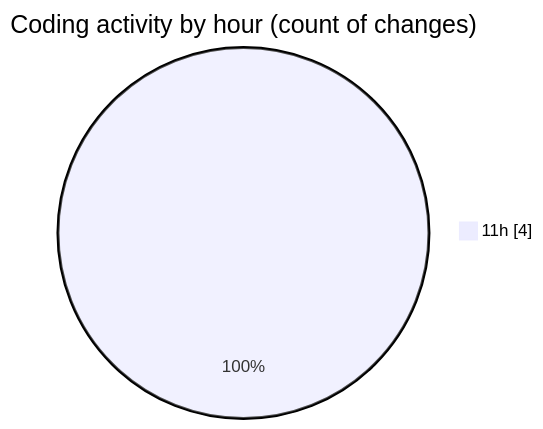
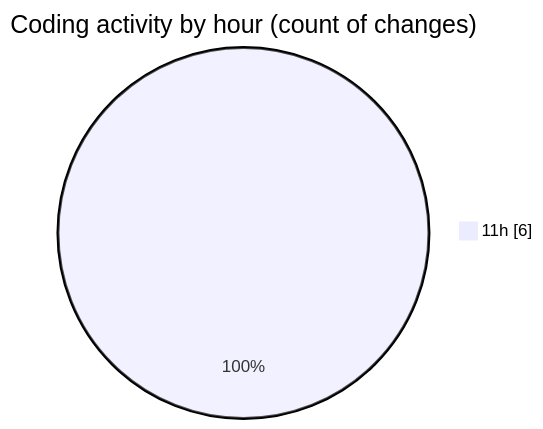
The second of 2 diagrams in 2025-08-27/fish/README.md (EIIisD/code-tracking), drawn with Mermaid before and after one commit. The commit also changed other lines of this file and 1 other file, not shown here.

````diff
--- a/2025-08-27/fish/README.md
+++ b/2025-08-27/fish/README.md
@@ -28,5 +28,5 @@
 ```mermaid
 pie showData
 title Coding activity by hour (count of changes)
-"11h" : 4
+"11h" : 6
 ```
````
